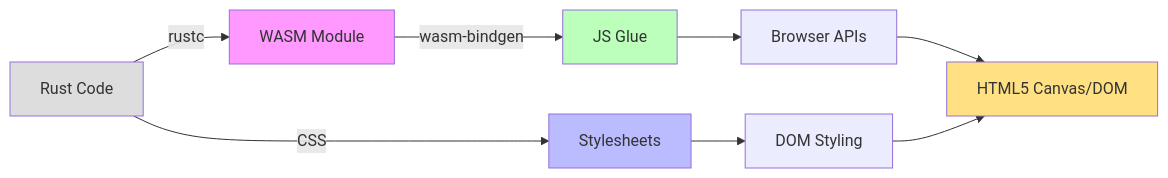
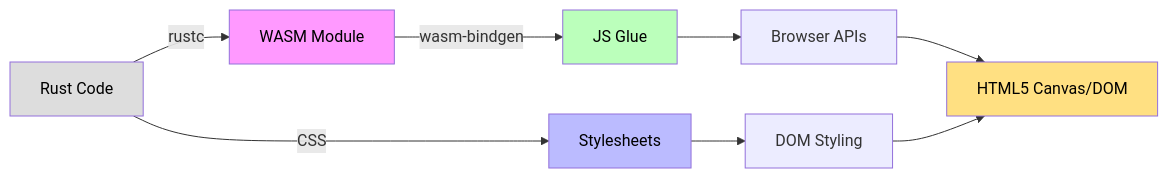
Before and after one commit to sw-game-dev/game-mcp-poc: the first of 5 diagrams in wiki/Frontend-Architecture.md, drawn with Mermaid. The commit also changed other lines of this file and 4 other files, not shown here.

First line of the commit message:
fix: Improve mermaid diagram text contrast

````diff
--- a/wiki/Frontend-Architecture.md
+++ b/wiki/Frontend-Architecture.md
@@ -7,16 +7,16 @@
 ```mermaid
 graph LR
     A[Rust Code] -->|rustc| B[WASM Module]
     A -->|CSS| C[Stylesheets]
     B -->|wasm-bindgen| D[JS Glue]
     D --> E[Browser APIs]
     C --> F[DOM Styling]
     E --> G[HTML5 Canvas/DOM]
     F --> G
 
-    style A fill:#ddd
-    style B fill:#f9f
-    style C fill:#bbf
-    style D fill:#bfb
-    style G fill:#ffe082
+    style A fill:#ddd,color:#000
+    style B fill:#f9f,color:#000
+    style C fill:#bbf,color:#000
+    style D fill:#bfb,color:#000
+    style G fill:#ffe082,color:#000
 ```
````
